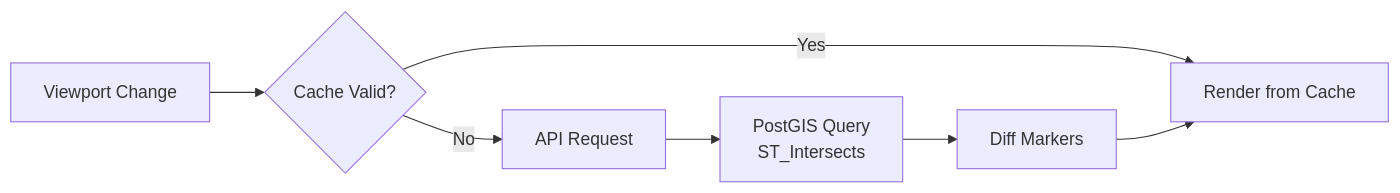
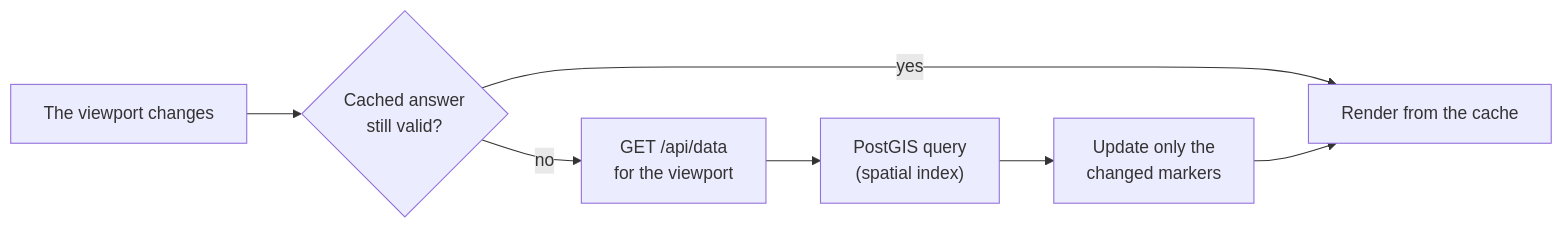
The diagram in documentation/2.1 Map Data Loading and Rendering.md (openTdataCH/stop_sync_osm_atlas), drawn with Mermaid before and after one commit. The commit also changed other lines of this file and 35 other files, not shown here.

Commit message:
docs: refresh application architecture and operations guides

````diff
--- a/documentation/2.1 Map Data Loading and Rendering.md
+++ b/documentation/2.1 Map Data Loading and Rendering.md
@@ -5,9 +5,9 @@
 ```mermaid
 flowchart LR
-    V["Viewport Change"] --> C{"Cache Valid?"}
-    C -->|Yes| R["Render from Cache"]
-    C -->|No| A["API Request"]
-    A --> P["PostGIS Query<br/>ST_Intersects"]
-    P --> D["Diff Markers"]
+    V["The viewport changes"] --> C{"Cached answer<br/>still valid?"}
+    C -->|"yes"| R["Render from the cache"]
+    C -->|"no"| A["GET /api/data<br/>for the viewport"]
+    A --> P["PostGIS query<br/>(spatial index)"]
+    P --> D["Update only the<br/>changed markers"]
     D --> R
 ```
````
